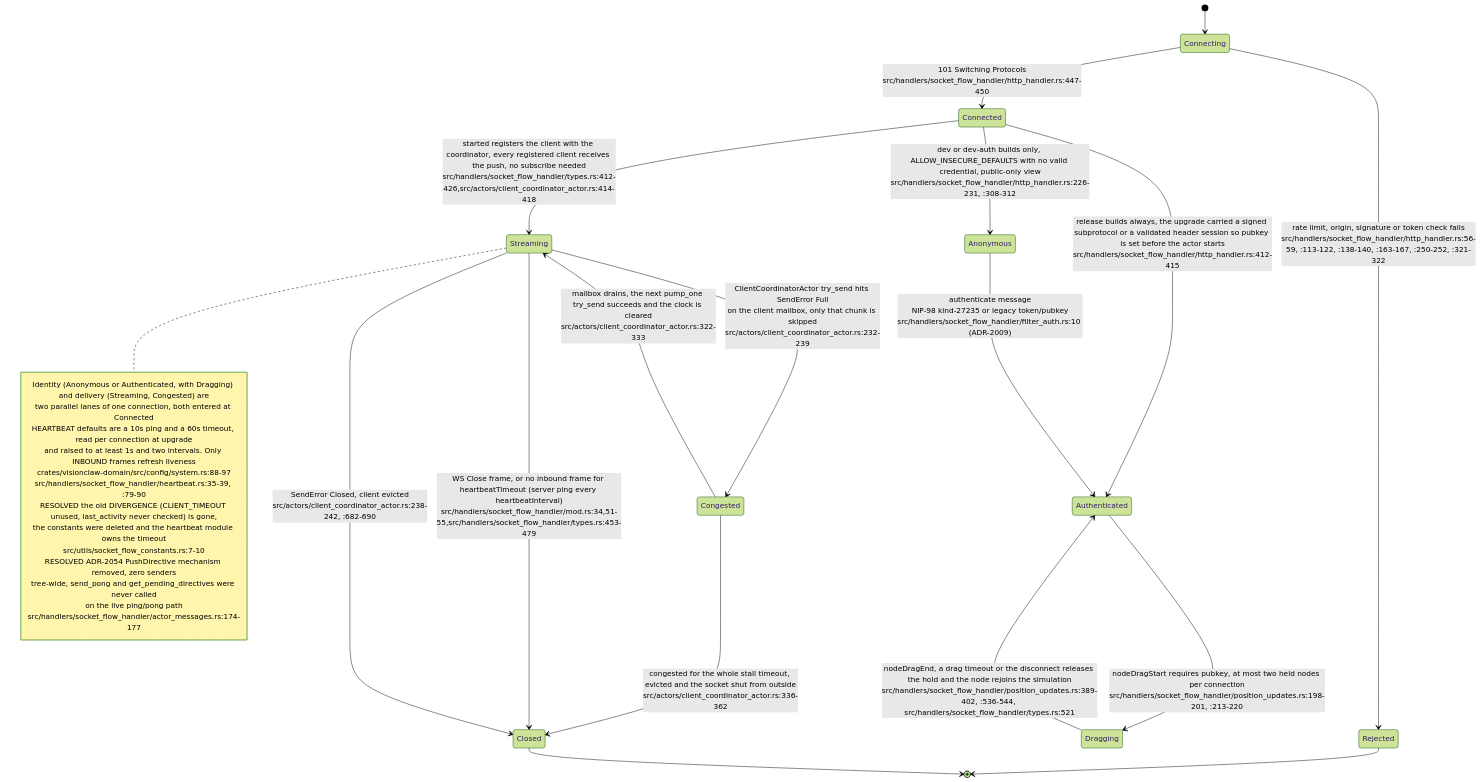
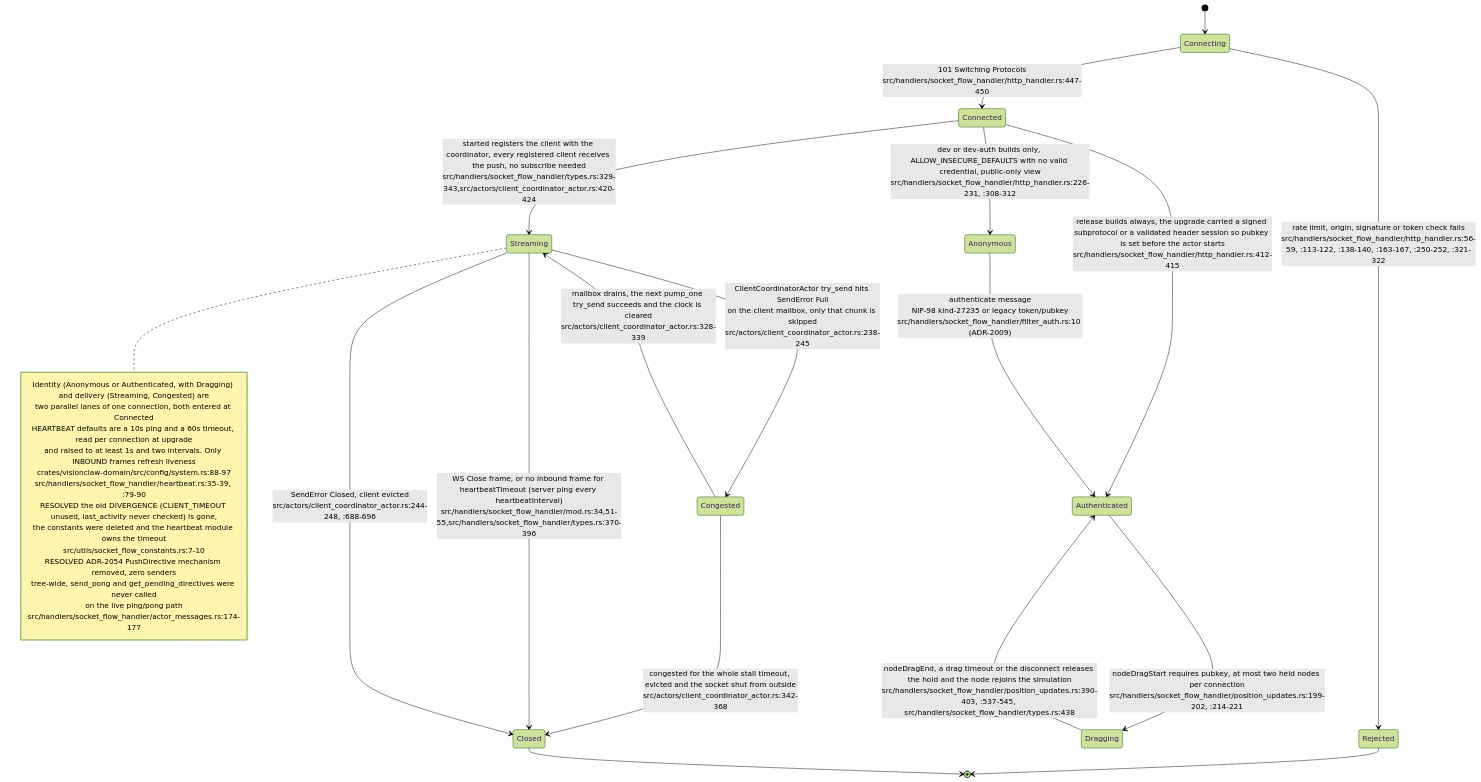
The ninth of 9 diagrams in docs/diagrams/visionclaw/13-broadcast-pipeline-and-websocket.md (DreamLab-AI/VisionFlow), drawn with Mermaid (forest theme) before and after one commit. The commit also changed other lines of this file and 56 other files, not shown here.

First line of the commit message:
docs(diagrams): re-verify VisionClaw topics at ec785afa9, add VC-19/56/57 and the VisionClaw register

````diff
--- a/docs/diagrams/visionclaw/13-broadcast-pipeline-and-websocket.md
+++ b/docs/diagrams/visionclaw/13-broadcast-pipeline-and-websocket.md
@@ -437,39 +493,39 @@
 ```mermaid
 stateDiagram-v2
     [*] --> Connecting
     Connecting --> Rejected: rate limit, origin, signature or token check fails<br/>src/handlers/socket_flow_handler/http_handler.rs:56-59, :113-122, :138-140, :163-167, :250-252, :321-322
     Connecting --> Connected: 101 Switching Protocols<br/>src/handlers/socket_flow_handler/http_handler.rs:447-450
     Rejected --> [*]
 
     Connected --> Authenticated: release builds always, the upgrade carried a signed subprotocol or a validated header session so pubkey is set before the actor starts<br/>src/handlers/socket_flow_handler/http_handler.rs:412-415
     Connected --> Anonymous: dev or dev-auth builds only, ALLOW_INSECURE_DEFAULTS with no valid credential, public-only view<br/>src/handlers/socket_flow_handler/http_handler.rs:226-231, :308-312
     Anonymous --> Authenticated: authenticate message<br/>NIP-98 kind-27235 or legacy token/pubkey<br/>src/handlers/socket_flow_handler/filter_auth.rs:10 (ADR-2009)
 
-    Authenticated --> Dragging: nodeDragStart requires pubkey, at most two held nodes per connection<br/>src/handlers/socket_flow_handler/position_updates.rs:198-201, :213-220
-    Dragging --> Authenticated: nodeDragEnd, a drag timeout or the disconnect releases the hold and the node rejoins the simulation<br/>src/handlers/socket_flow_handler/position_updates.rs:389-402, :536-544, src/handlers/socket_flow_handler/types.rs:521
+    Authenticated --> Dragging: nodeDragStart requires pubkey, at most two held nodes per connection<br/>src/handlers/socket_flow_handler/position_updates.rs:199-202, :214-221
+    Dragging --> Authenticated: nodeDragEnd, a drag timeout or the disconnect releases the hold and the node rejoins the simulation<br/>src/handlers/socket_flow_handler/position_updates.rs:390-403, :537-545, src/handlers/socket_flow_handler/types.rs:438
 
-    Connected --> Streaming: started registers the client with the coordinator, every registered client receives the push, no subscribe needed<br/>src/handlers/socket_flow_handler/types.rs:412-426,src/actors/client_coordinator_actor.rs:414-418
-    Streaming --> Congested: ClientCoordinatorActor try_send hits SendError Full<br/>on the client mailbox, only that chunk is skipped<br/>src/actors/client_coordinator_actor.rs:232-239
-    Congested --> Streaming: mailbox drains, the next pump_one try_send succeeds and the clock is cleared<br/>src/actors/client_coordinator_actor.rs:322-333
-    Congested --> Closed: congested for the whole stall timeout, evicted and the socket shut from outside<br/>src/actors/client_coordinator_actor.rs:336-362
+    Connected --> Streaming: started registers the client with the coordinator, every registered client receives the push, no subscribe needed<br/>src/handlers/socket_flow_handler/types.rs:329-343,src/actors/client_coordinator_actor.rs:420-424
+    Streaming --> Congested: ClientCoordinatorActor try_send hits SendError Full<br/>on the client mailbox, only that chunk is skipped<br/>src/actors/client_coordinator_actor.rs:238-245
+    Congested --> Streaming: mailbox drains, the next pump_one try_send succeeds and the clock is cleared<br/>src/actors/client_coordinator_actor.rs:328-339
+    Congested --> Closed: congested for the whole stall timeout, evicted and the socket shut from outside<br/>src/actors/client_coordinator_actor.rs:342-368
 
-    Streaming --> Closed: WS Close frame, or no inbound frame for heartbeatTimeout (server ping every heartbeatInterval)<br/>src/handlers/socket_flow_handler/mod.rs:34,51-55,src/handlers/socket_flow_handler/types.rs:453-479
-    Streaming --> Closed: SendError Closed, client evicted<br/>src/actors/client_coordinator_actor.rs:238-242, :682-690
+    Streaming --> Closed: WS Close frame, or no inbound frame for heartbeatTimeout (server ping every heartbeatInterval)<br/>src/handlers/socket_flow_handler/mod.rs:34,51-55,src/handlers/socket_flow_handler/types.rs:370-396
+    Streaming --> Closed: SendError Closed, client evicted<br/>src/actors/client_coordinator_actor.rs:244-248, :688-696
     Closed --> [*]
 
     note right of Streaming
         Identity (Anonymous or Authenticated, with Dragging) and delivery (Streaming, Congested) are
         two parallel lanes of one connection, both entered at Connected
         HEARTBEAT defaults are a 10s ping and a 60s timeout, read per connection at upgrade
         and raised to at least 1s and two intervals. Only INBOUND frames refresh liveness
         crates/visionclaw-domain/src/config/system.rs:88-97
         src/handlers/socket_flow_handler/heartbeat.rs:35-39, :79-90
         RESOLVED the old DIVERGENCE (CLIENT_TIMEOUT unused, last_activity never checked) is gone,
         the constants were deleted and the heartbeat module owns the timeout
         src/utils/socket_flow_constants.rs:7-10
         RESOLVED ADR-2054 PushDirective mechanism removed, zero senders
         tree-wide, send_pong and get_pending_directives were never called
         on the live ping/pong path
         src/handlers/socket_flow_handler/actor_messages.rs:174-177
     end note
 ```
````
